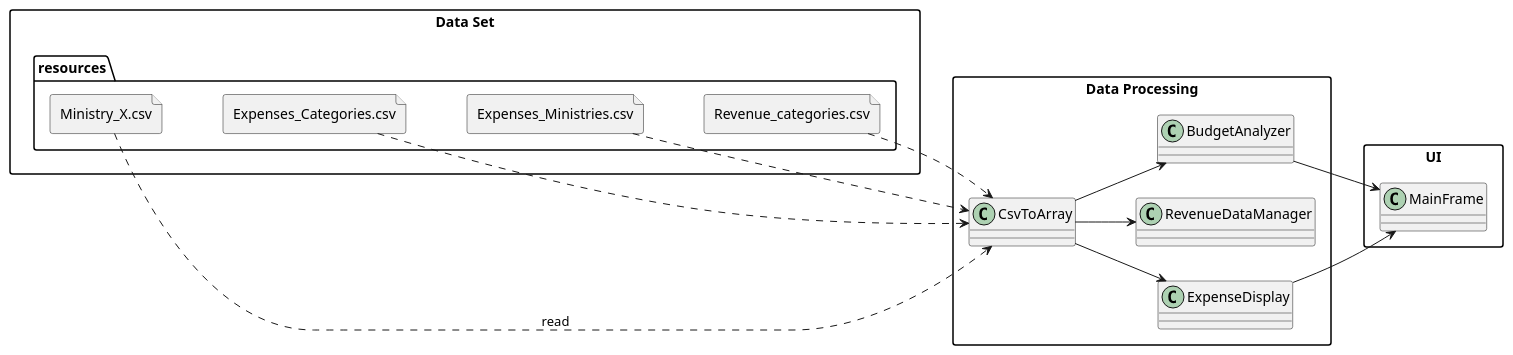
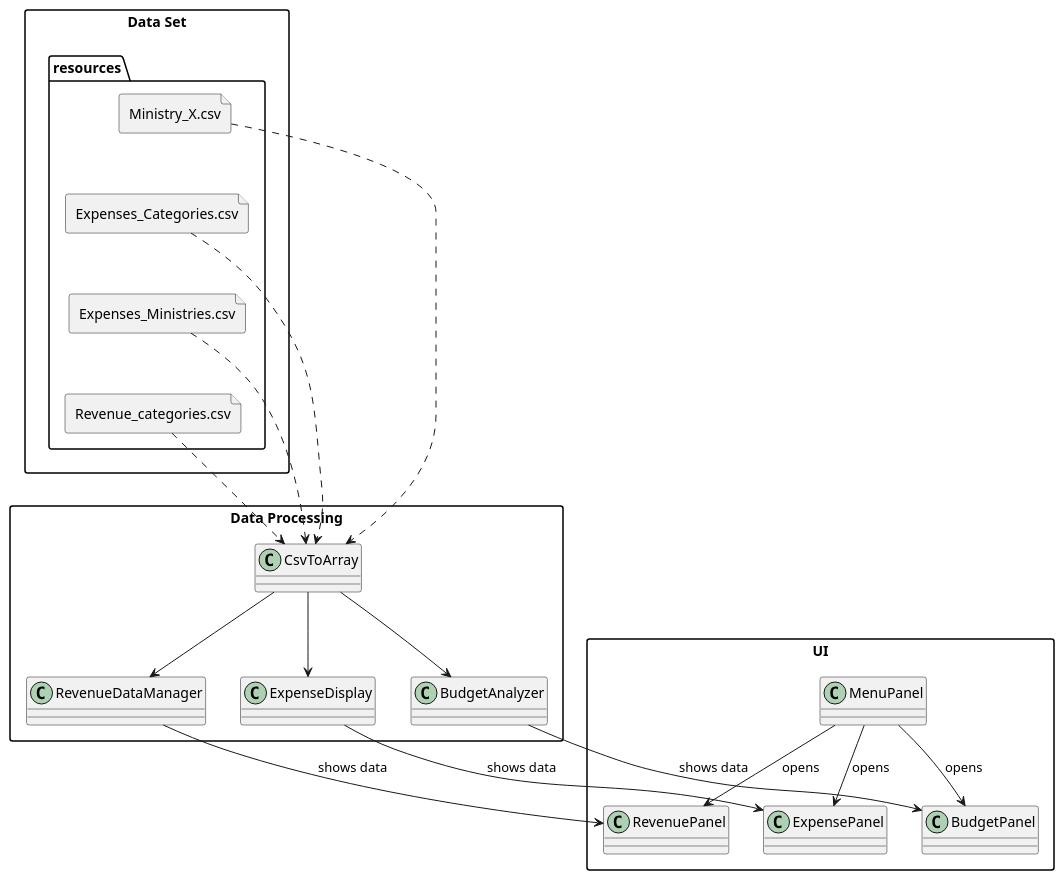
Before and after one commit to t8240056/budgetManagement: the diagram in docs/diagrams/umlDiagram.puml, drawn with PlantUML.

Commit message:
ui uml part ready

```diff
--- a/docs/diagrams/umlDiagram.puml
+++ b/docs/diagrams/umlDiagram.puml
@@ -1,50 +1,61 @@
 @startuml
 
-' ΑΥΤΗ Η ΕΝΤΟΛΗ ΕΙΝΑΙ ΤΟ ΚΛΕΙΔΙ: Επιτρέπει ανάμιξη αρχείων και κλάσεων
+' Επιτρέπουμε την ανάμιξη αρχείων και κλάσεων
 allow_mixing
 
-left to right direction
 skinparam packageStyle rectangle
 
 package "Data Set" {
     folder "resources" {
-        ' Τώρα τα ορίζουμε σωστά ως file (αρχεία)
         file "Ministry_X.csv" as minX
         file "Expenses_Categories.csv" as expCat
         file "Expenses_Ministries.csv" as expMin
         file "Revenue_categories.csv" as revCat
         
-        ' Στοίχιση
+        ' Στοίχιση αρχείων
         minX -[hidden]-> expCat
         expCat -[hidden]-> expMin
         expMin -[hidden]-> revCat
     }
 }
 
 package "Data Processing" {
     class CsvToArray
     class BudgetAnalyzer
     class RevenueDataManager
     class ExpenseDisplay
 }
 
 package "UI" {
-    ' Πρόσθεσα μια γενική κλάση μέχρι να μου πεις τις δικές σου
-    class MainFrame
+    ' Τα 4 Panels που ζήτησες
+    class MenuPanel
+    class BudgetPanel
+    class RevenuePanel
+    class ExpensePanel
+    
+    ' Το MenuPanel συνδέεται με τα υπόλοιπα (Πλοήγηση)
+    MenuPanel -[hidden]-> BudgetPanel
+    MenuPanel --> BudgetPanel : opens
+    MenuPanel --> RevenuePanel : opens
+    MenuPanel --> ExpensePanel : opens
 }
 
-' --- ΣΥΝΔΕΣΕΙΣ ---
-' Τώρα συνδέουμε Αρχεία (Artifacts) με Κλάσεις (Classes)
-minX ..> CsvToArray : read
+' --- ΣΥΝΔΕΣΕΙΣ ΡΟΗΣ ΔΕΔΟΜΕΝΩΝ ---
+
+' 1. Ανάγνωση Αρχείων
+minX ..> CsvToArray
 expCat ..> CsvToArray
 expMin ..> CsvToArray
 revCat ..> CsvToArray
 
+' 2. Επεξεργασία (Ο Parser μοιράζει τα δεδομένα)
 CsvToArray --> BudgetAnalyzer
 CsvToArray --> RevenueDataManager
 CsvToArray --> ExpenseDisplay
 
-BudgetAnalyzer --> MainFrame
-ExpenseDisplay --> MainFrame
+' 3. Εμφάνιση (Η λογική πάει στο σωστό Panel)
+BudgetAnalyzer --> BudgetPanel : shows data
+RevenueDataManager --> RevenuePanel : shows data
+ExpenseDisplay --> ExpensePanel : shows data
 
 @enduml
```
